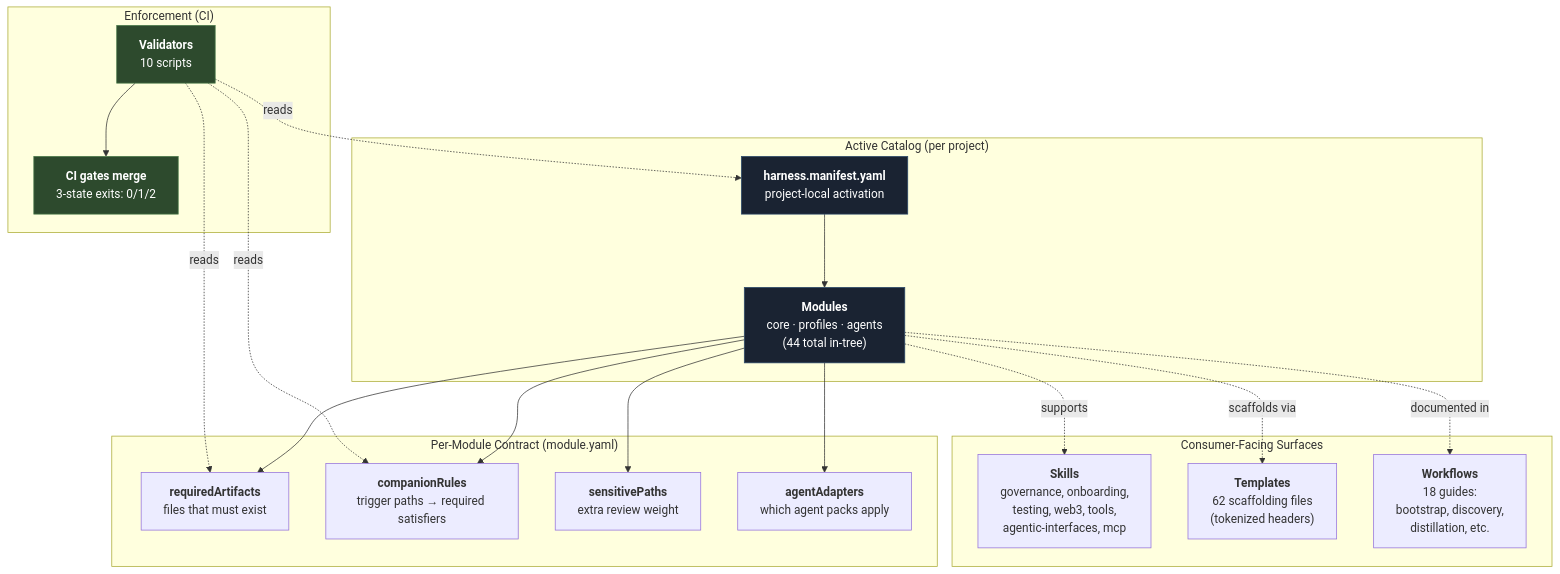
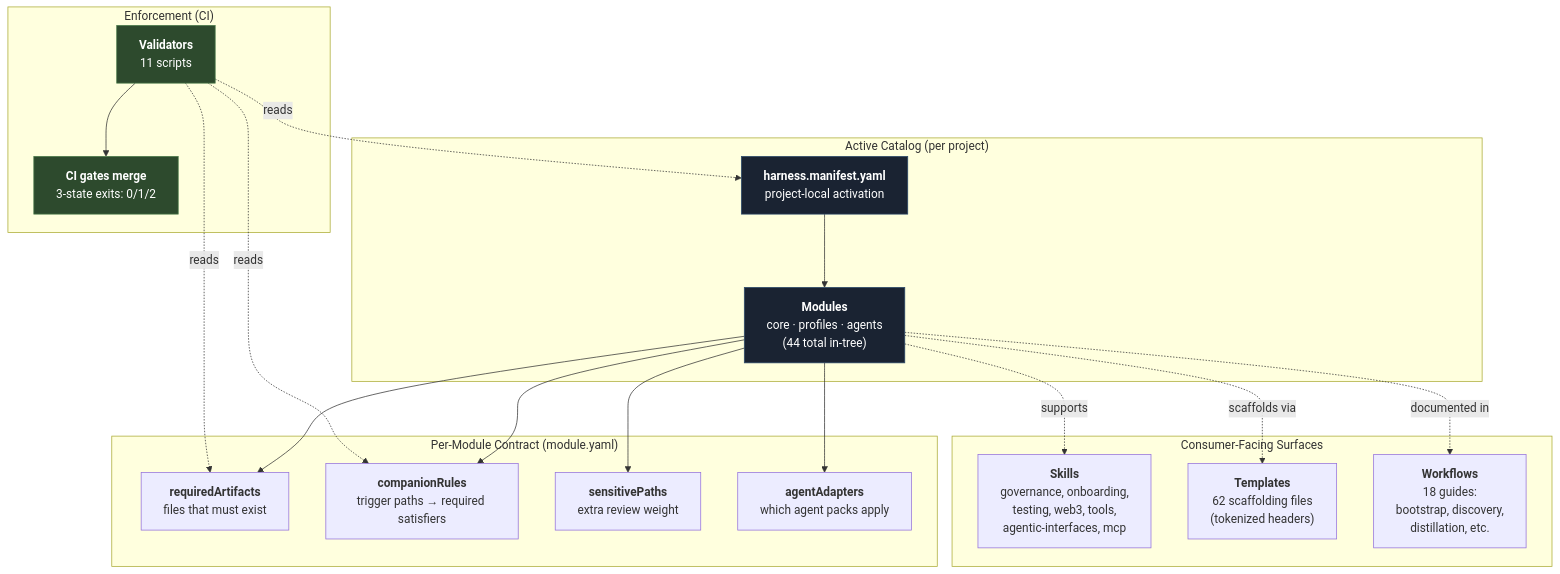
The first of 11 diagrams in docs/architecture/diagrams.md (drakevonduck/auto-harness), drawn with Mermaid before and after one commit. The commit also changed 16 other files, not shown here.

````diff
--- a/docs/architecture/diagrams.md
+++ b/docs/architecture/diagrams.md
@@ -48,38 +48,38 @@
 ```mermaid
 flowchart TD
     Manifest["<b>harness.manifest.yaml</b><br/>project-local activation"]
 
     subgraph CATALOG["Active Catalog (per project)"]
         Manifest --> Modules["<b>Modules</b><br/>core · profiles · agents<br/>(44 total in-tree)"]
     end
 
     subgraph CONTRACT["Per-Module Contract (module.yaml)"]
         Modules --> Required["<b>requiredArtifacts</b><br/>files that must exist"]
         Modules --> Companions["<b>companionRules</b><br/>trigger paths → required satisfiers"]
         Modules --> Sensitive["<b>sensitivePaths</b><br/>extra review weight"]
         Modules --> Adapters["<b>agentAdapters</b><br/>which agent packs apply"]
     end
 
     subgraph ENFORCE["Enforcement (CI)"]
-        Validators["<b>Validators</b><br/>10 scripts"]
+        Validators["<b>Validators</b><br/>11 scripts"]
         Validators -.reads.-> Manifest
         Validators -.reads.-> Required
         Validators -.reads.-> Companions
         Validators --> CIGate["<b>CI gates merge</b><br/>3-state exits: 0/1/2"]
     end
 
     subgraph SURFACE["Consumer-Facing Surfaces"]
         Skills["<b>Skills</b><br/>governance, onboarding,<br/>testing, web3, tools,<br/>agentic-interfaces, mcp"]
         Templates["<b>Templates</b><br/>62 scaffolding files<br/>(tokenized headers)"]
         Workflows["<b>Workflows</b><br/>18 guides:<br/>bootstrap, discovery,<br/>distillation, etc."]
     end
 
     Modules -.supports.-> Skills
     Modules -.scaffolds via.-> Templates
     Modules -.documented in.-> Workflows
 
     style Manifest fill:#1a2332,stroke:#2c4a6b,color:#fff
     style Modules fill:#1a2332,stroke:#2c4a6b,color:#fff
     style Validators fill:#2d4a2d,stroke:#4a7a4a,color:#fff
     style CIGate fill:#2d4a2d,stroke:#4a7a4a,color:#fff
 ```
````
